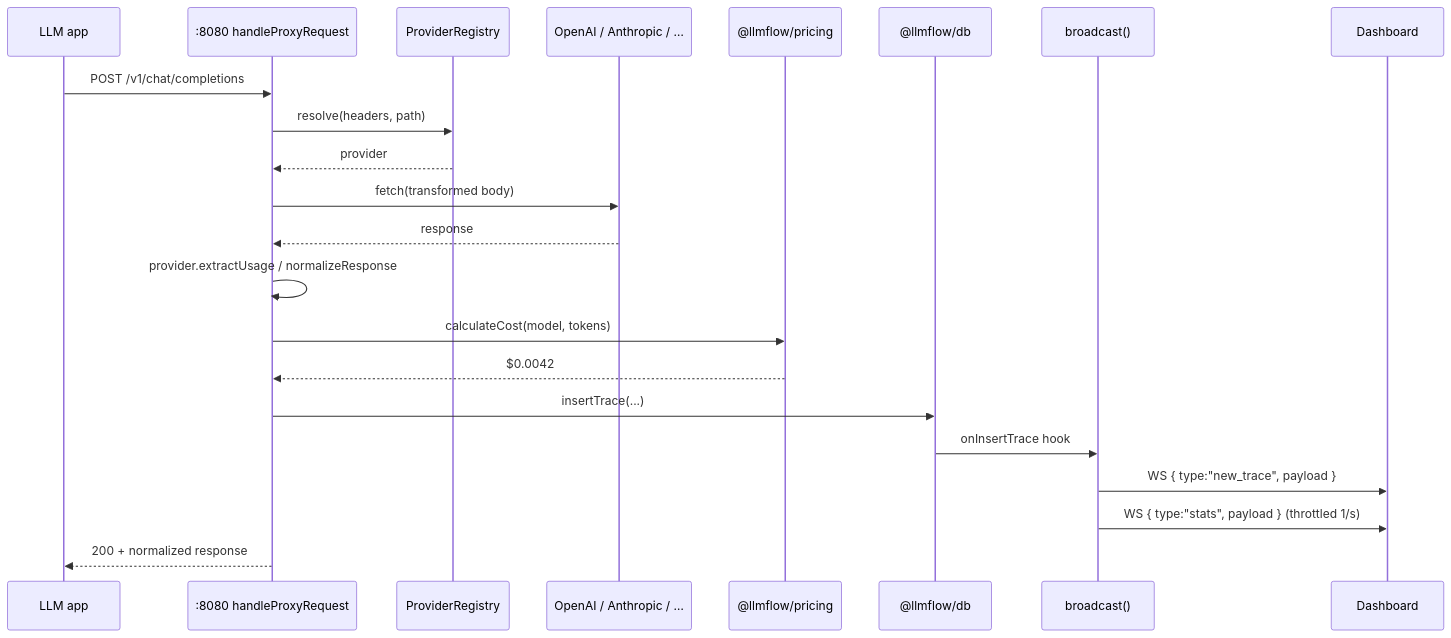
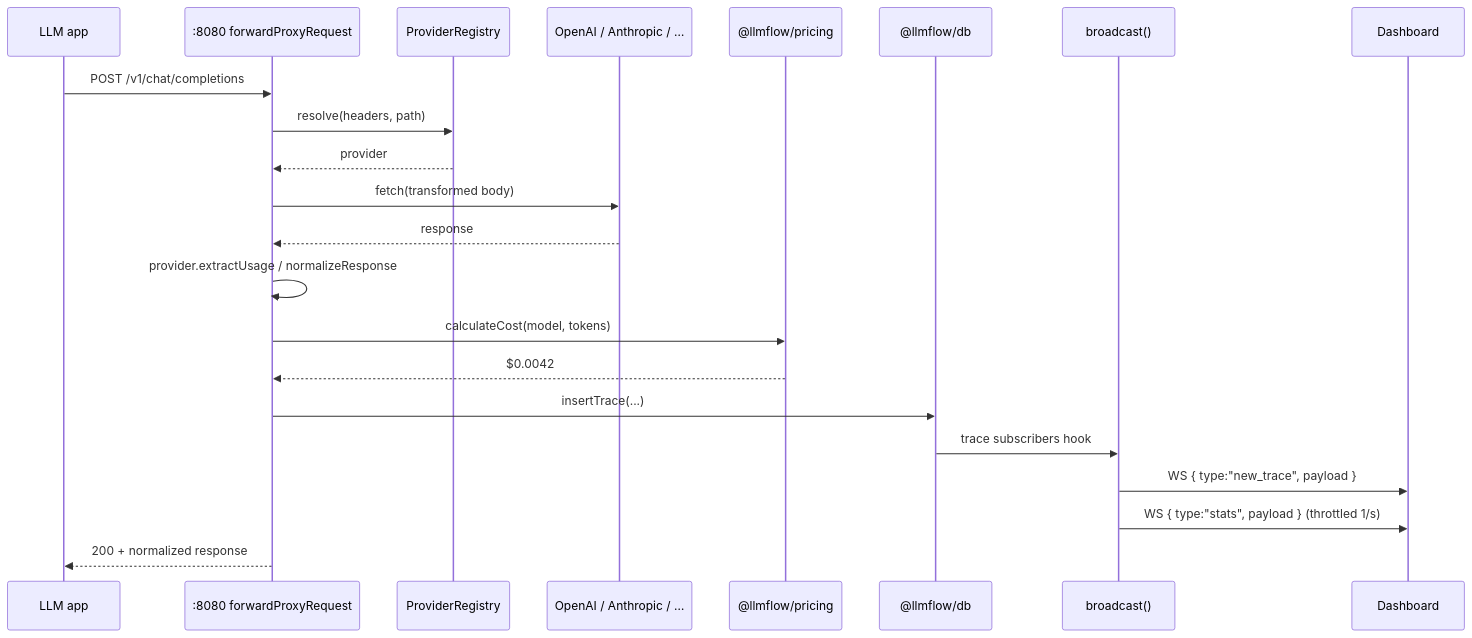
The sixth of 10 diagrams in ARCHITECTURE.md (HelgeSverre/llmflow), drawn with Mermaid before and after one commit. The commit also changed other lines of this file and 226 other files, not shown here.

````diff
--- a/ARCHITECTURE.md
+++ b/ARCHITECTURE.md
@@ -423,25 +421,25 @@
 ```mermaid
 sequenceDiagram
     participant App as LLM app
-    participant Proxy as :8080 handleProxyRequest
+    participant Proxy as :8080 forwardProxyRequest
     participant Registry as ProviderRegistry
     participant Upstream as OpenAI / Anthropic / …
     participant Pricing as @llmflow/pricing
     participant DB as @llmflow/db
     participant Hub as broadcast()
     participant Browser as Dashboard
 
     App->>Proxy: POST /v1/chat/completions
     Proxy->>Registry: resolve(headers, path)
     Registry-->>Proxy: provider
     Proxy->>Upstream: fetch(transformed body)
     Upstream-->>Proxy: response
     Proxy->>Proxy: provider.extractUsage / normalizeResponse
     Proxy->>Pricing: calculateCost(model, tokens)
     Pricing-->>Proxy: $0.0042
     Proxy->>DB: insertTrace(...)
-    DB->>Hub: onInsertTrace hook
+    DB->>Hub: trace subscribers hook
     Hub->>Browser: WS { type:"new_trace", payload }
     Hub->>Browser: WS { type:"stats", payload } (throttled 1/s)
     Proxy-->>App: 200 + normalized response
 ```
````
